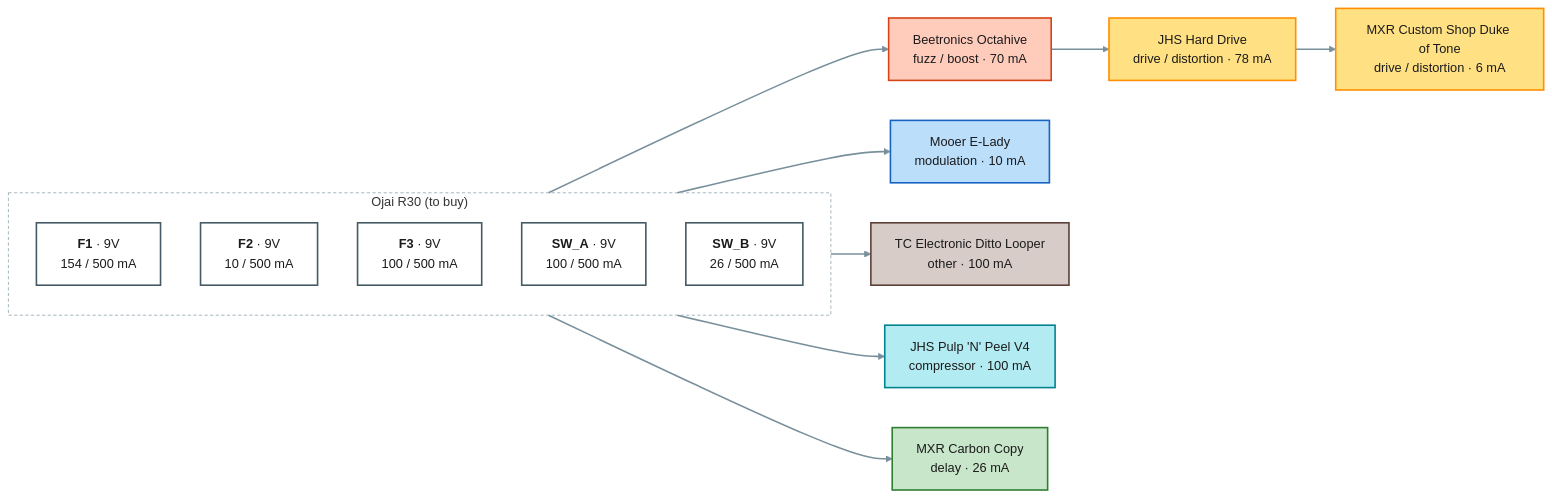
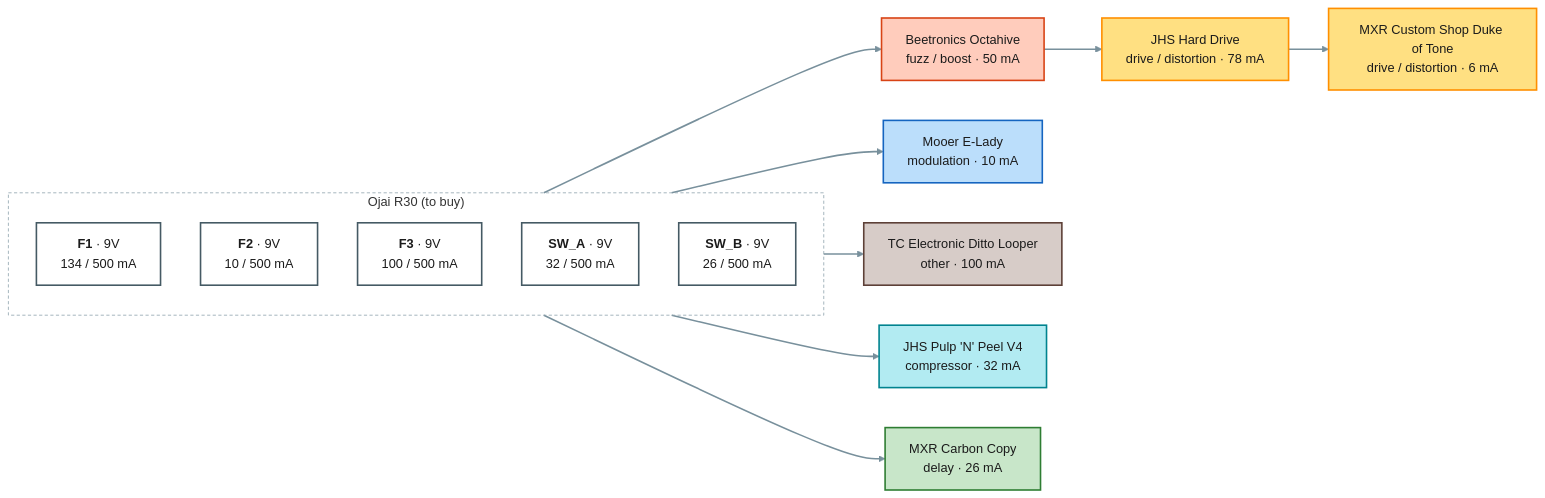
One commit to pedroacvieira/pedalboard changed the second of 2 diagrams in projects/guitar-practice/README.md. Above: the diagram before and after it, drawn with Mermaid. The commit also changed other lines of this file and 8 other files, not shown here.

````diff
--- a/projects/guitar-practice/README.md
+++ b/projects/guitar-practice/README.md
@@ -80,36 +69,36 @@
 ```mermaid
 flowchart LR
     subgraph psu1["Ojai R30 (to buy)"]
         direction TB
-        psu1_F1["<b>F1</b> · 9V<br/>154 / 500 mA"]:::out9
+        psu1_F1["<b>F1</b> · 9V<br/>134 / 500 mA"]:::out9
         psu1_F2["<b>F2</b> · 9V<br/>10 / 500 mA"]:::out9
         psu1_F3["<b>F3</b> · 9V<br/>100 / 500 mA"]:::out9
-        psu1_SW_A["<b>SW_A</b> · 9V<br/>100 / 500 mA"]:::out9
+        psu1_SW_A["<b>SW_A</b> · 9V<br/>32 / 500 mA"]:::out9
         psu1_SW_B["<b>SW_B</b> · 9V<br/>26 / 500 mA"]:::out9
     end
-    octahive["Beetronics Octahive<br/>fuzz / boost · 70 mA"]:::c_fuzz___boost
+    octahive["Beetronics Octahive<br/>fuzz / boost · 50 mA"]:::c_fuzz___boost
     jhs_hard_drive["JHS Hard Drive<br/>drive / distortion · 78 mA"]:::c_drive___distortion
     duke_of_tone["MXR Custom Shop Duke of Tone<br/>drive / distortion · 6 mA"]:::c_drive___distortion
     e_lady["Mooer E-Lady<br/>modulation · 10 mA"]:::c_modulation
     ditto_looper["TC Electronic Ditto Looper<br/>other · 100 mA"]:::c_other
-    jhs_pulp_n_peel_v4["JHS Pulp 'N' Peel V4<br/>compressor · 100 mA"]:::c_compressor
+    jhs_pulp_n_peel_v4["JHS Pulp 'N' Peel V4<br/>compressor · 32 mA"]:::c_compressor
     carbon_copy["MXR Carbon Copy<br/>delay · 26 mA"]:::c_delay
     psu1_F1 --> octahive
     octahive --> jhs_hard_drive
     jhs_hard_drive --> duke_of_tone
     psu1_F2 --> e_lady
     psu1_F3 --> ditto_looper
     psu1_SW_A --> jhs_pulp_n_peel_v4
     psu1_SW_B --> carbon_copy
     classDef out9 fill:#ffffff,stroke:#455a64,stroke-width:2px,color:#1b1b1b
     classDef out18 fill:#ffffff,stroke:#d84315,stroke-width:3px,color:#1b1b1b
     classDef spare fill:#fafafa,stroke:#9e9e9e,stroke-dasharray:4 3,color:#757575
     classDef c_compressor fill:#b2ebf2,stroke:#00838f,stroke-width:2px,color:#1b1b1b
     classDef c_fuzz___boost fill:#ffccbc,stroke:#d84315,stroke-width:2px,color:#1b1b1b
     classDef c_drive___distortion fill:#ffe082,stroke:#ff8f00,stroke-width:2px,color:#1b1b1b
     classDef c_modulation fill:#bbdefb,stroke:#1565c0,stroke-width:2px,color:#1b1b1b
     classDef c_delay fill:#c8e6c9,stroke:#2e7d32,stroke-width:2px,color:#1b1b1b
     classDef c_other fill:#d7ccc8,stroke:#5d4037,stroke-width:2px,color:#1b1b1b
     style psu1 fill:none,stroke:#90a4ae,stroke-dasharray:4 3
     linkStyle default stroke:#78909c,stroke-width:2px
 ```
````
